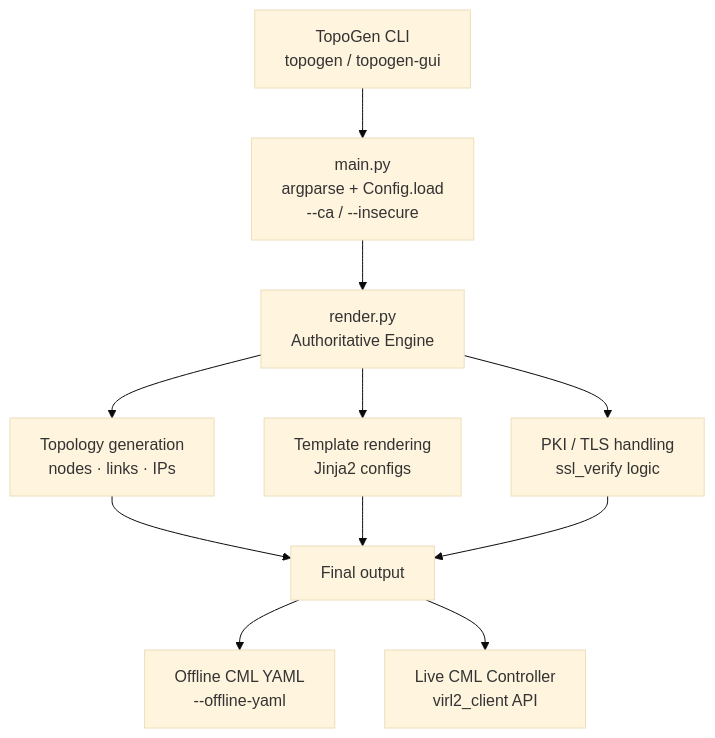
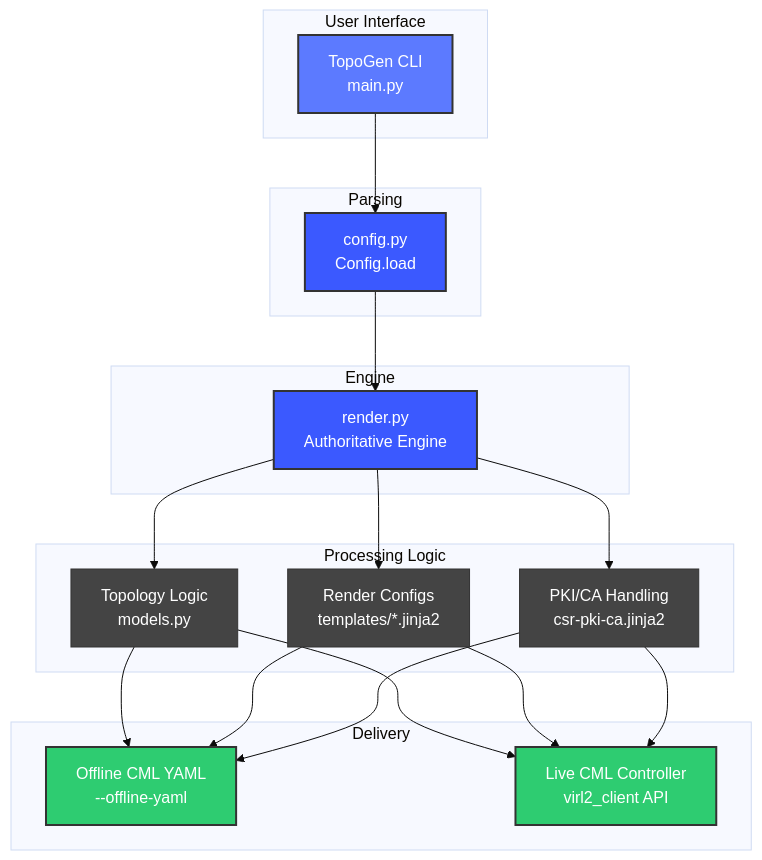
Before and after one commit to QB4DEVOPS/topogen: the diagram in DEVELOPER.md, drawn with Mermaid (base theme). The commit also changed 1 other file, not shown here.

Commit message:
feat(docs): upgrade Mermaid diagram with styled subgraphs (v1.2.0)
- DEVELOPER.md: replace simple flowchart with Grok-style Mermaid diagram
  featuring color-coded subgraphs (User Interface, Parsing, Engine,
  Processing Logic, Delivery) and styled nodes
- README.md: move ASCII diagram from intro to Code structure section
  (was competing with demo gif)
- Fix PKI node label: feat/pki-ca → csr-pki-ca.jinja2 (permanent ref)
- Add missing PKI → YAML arrow (PKI generates offline YAML too)

````diff
--- a/DEVELOPER.md
+++ b/DEVELOPER.md
@@ -52,18 +52,48 @@
 ```mermaid
-flowchart TD
-    A[TopoGen CLI<br/>topogen / topogen-gui]
-        --> B[main.py<br/>argparse + Config.load<br/>--ca / --insecure]
+graph TD
+    classDef input fill:#5c7aff,stroke:#333,color:#fff,stroke-width:2px;
+    classDef engine fill:#3b59ff,stroke:#333,color:#fff,stroke-width:2px;
+    classDef logic fill:#444,stroke:#333,color:#fff,stroke-width:1px;
+    classDef output fill:#2ecc71,stroke:#333,color:#fff,stroke-width:2px;
 
-    B --> C[render.py<br/>Authoritative Engine]
+    subgraph Entry ["User Interface"]
+        CLI[TopoGen CLI<br/>main.py]
+    end
 
-    C --> D[Topology generation<br/>nodes · links · IPs]
-    C --> E[Template rendering<br/>Jinja2 configs]
-    C --> F[PKI / TLS handling<br/>ssl_verify logic]
+    subgraph Config ["Parsing"]
+        MAIN[config.py<br/>Config.load]
+    end
 
-    D --> G[Final output]
-    E --> G
-    F --> G
+    subgraph Core ["Engine"]
+        RENDER[render.py<br/>Authoritative Engine]
+    end
 
-    G --> H[Offline CML YAML<br/>--offline-yaml]
-    G --> I[Live CML Controller<br/>virl2_client API]
+    subgraph Tasks ["Processing Logic"]
+        TOP[Topology Logic<br/>models.py]
+        TMP[Render Configs<br/>templates/*.jinja2]
+        PKI[PKI/CA Handling<br/>csr-pki-ca.jinja2]
+    end
+
+    subgraph Destination ["Delivery"]
+        YAML[Offline CML YAML<br/>--offline-yaml]
+        LIVE[Live CML Controller<br/>virl2_client API]
+    end
+
+    CLI --> MAIN
+    MAIN --> RENDER
+    RENDER --> TOP
+    RENDER --> TMP
+    RENDER --> PKI
+    TOP --> YAML
+    TOP --> LIVE
+    TMP --> YAML
+    TMP --> LIVE
+    PKI --> YAML
+    PKI --> LIVE
+
+    class CLI input;
+    class MAIN engine;
+    class RENDER engine;
+    class TOP,TMP,PKI logic;
+    class YAML,LIVE output;
 ```
````
